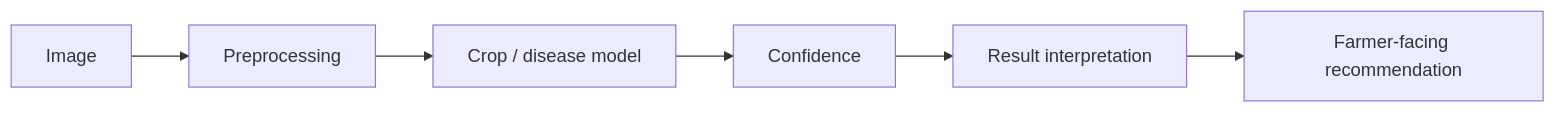
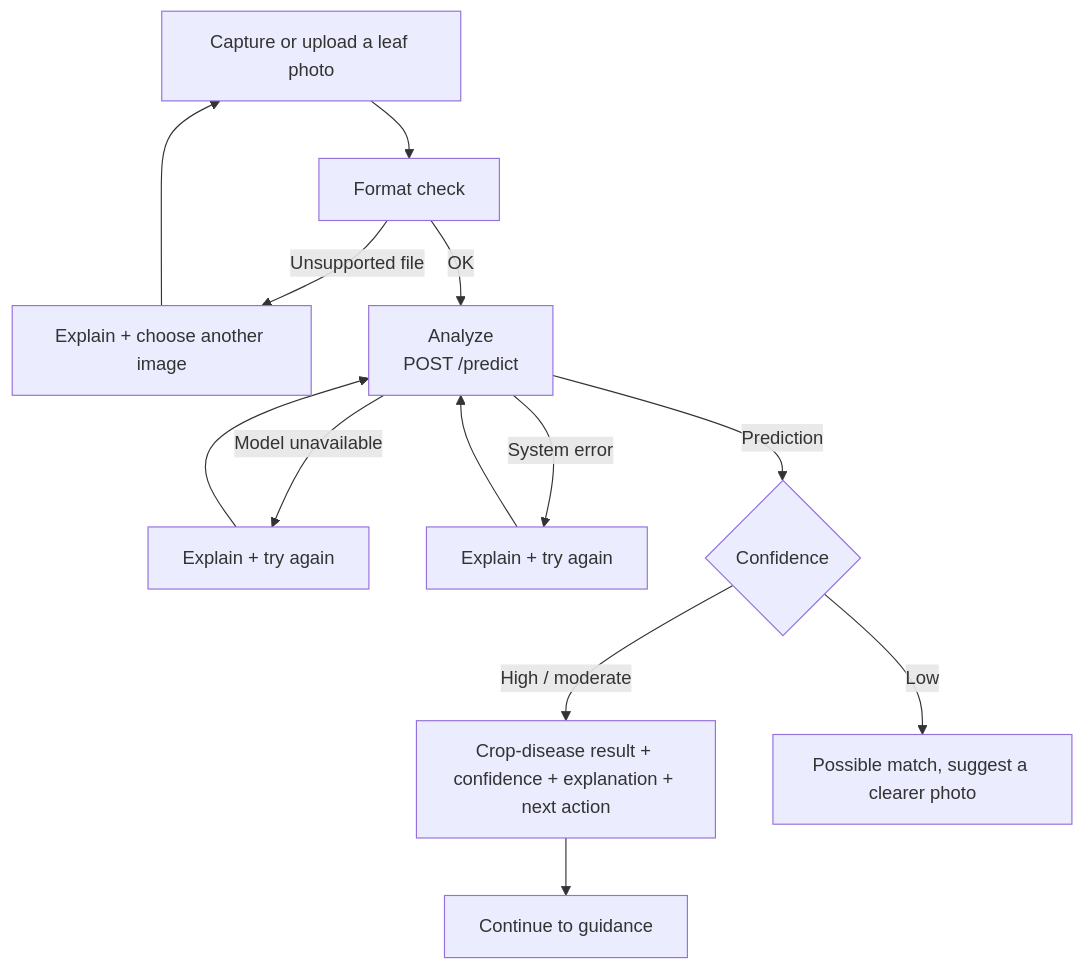
One commit to DhairyaChangela/AgriSmart-AI changed the third of 4 diagrams in README.md. Above: the diagram before and after it, drawn with Mermaid. The commit also changed other lines of this file, not shown here.

````diff
--- a/README.md
+++ b/README.md
@@ -78,8 +74,15 @@
 ```mermaid
-flowchart LR
-    Image[Image] --> Pre[Preprocessing]
-    Pre --> Model[Crop / disease model]
-    Model --> Conf[Confidence]
-    Conf --> Interp[Result interpretation]
-    Interp --> Rec[Farmer-facing recommendation]
+flowchart TD
+    Capture[Capture or upload a leaf photo] --> Check[Format check]
+    Check -->|Unsupported file| RetryFile[Explain + choose another image]
+    RetryFile --> Capture
+    Check -->|OK| Analyze[Analyze<br/>POST /predict]
+    Analyze -->|Model unavailable| Unavail[Explain + try again]
+    Analyze -->|System error| Fail[Explain + try again]
+    Unavail --> Analyze
+    Fail --> Analyze
+    Analyze -->|Prediction| Conf{Confidence}
+    Conf -->|High / moderate| Result[Crop-disease result + confidence + explanation + next action]
+    Conf -->|Low| LowResult[Possible match, suggest a clearer photo]
+    Result --> Act[Continue to guidance]
 ```
````
